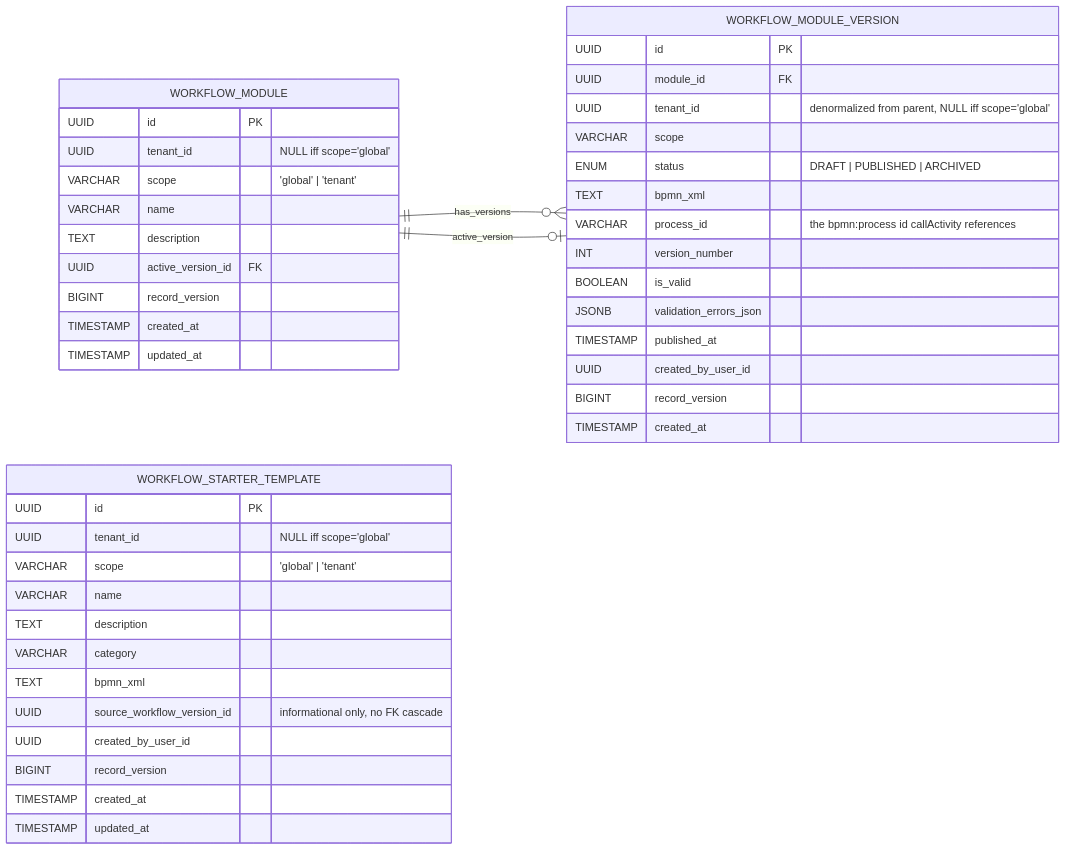
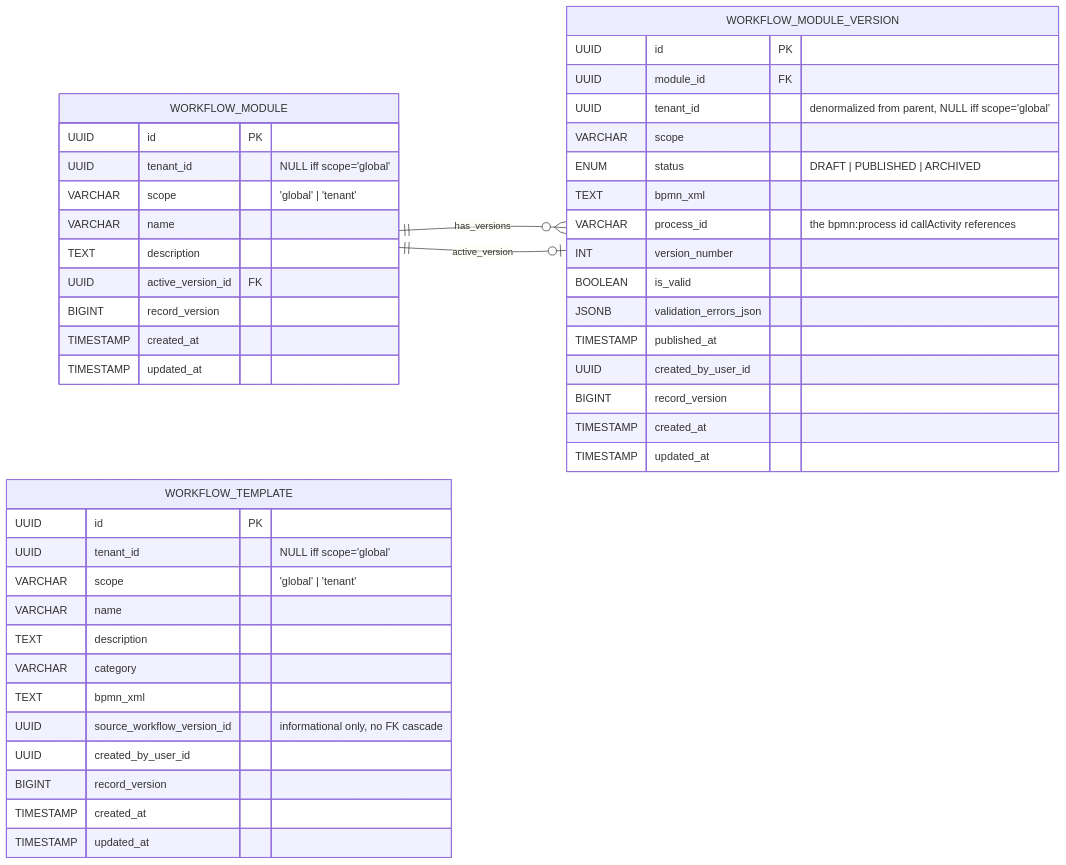
Before and after one commit to BCBP-SOLUTIONS-FZC-LLC/workflow-definition-service: the fifth of 16 diagrams in docs/lld/definition_service.md, drawn with Mermaid. The commit also changed other lines of this file and 1 other file, not shown here.

````diff
--- a/docs/lld/definition_service.md
+++ b/docs/lld/definition_service.md
@@ -848,51 +848,52 @@
 ```mermaid
 erDiagram
     direction LR
 
     WORKFLOW_MODULE {
         UUID id PK
         UUID tenant_id "NULL iff scope='global'"
         VARCHAR scope "'global' | 'tenant'"
         VARCHAR name
         TEXT description
         UUID active_version_id FK
         BIGINT record_version
         TIMESTAMP created_at
         TIMESTAMP updated_at
     }
 
     WORKFLOW_MODULE_VERSION {
         UUID id PK
         UUID module_id FK
         UUID tenant_id "denormalized from parent, NULL iff scope='global'"
         VARCHAR scope
         ENUM status "DRAFT | PUBLISHED | ARCHIVED"
         TEXT bpmn_xml
         VARCHAR process_id "the bpmn:process id callActivity references"
         INT version_number
         BOOLEAN is_valid
         JSONB validation_errors_json
         TIMESTAMP published_at
         UUID created_by_user_id
         BIGINT record_version
         TIMESTAMP created_at
+        TIMESTAMP updated_at
     }
 
-    WORKFLOW_STARTER_TEMPLATE {
+    WORKFLOW_TEMPLATE {
         UUID id PK
         UUID tenant_id "NULL iff scope='global'"
         VARCHAR scope "'global' | 'tenant'"
         VARCHAR name
         TEXT description
         VARCHAR category
         TEXT bpmn_xml
         UUID source_workflow_version_id "informational only, no FK cascade"
         UUID created_by_user_id
         BIGINT record_version
         TIMESTAMP created_at
         TIMESTAMP updated_at
     }
 
     WORKFLOW_MODULE ||--o{ WORKFLOW_MODULE_VERSION : has_versions
     WORKFLOW_MODULE ||--o| WORKFLOW_MODULE_VERSION : active_version
 ```
````
